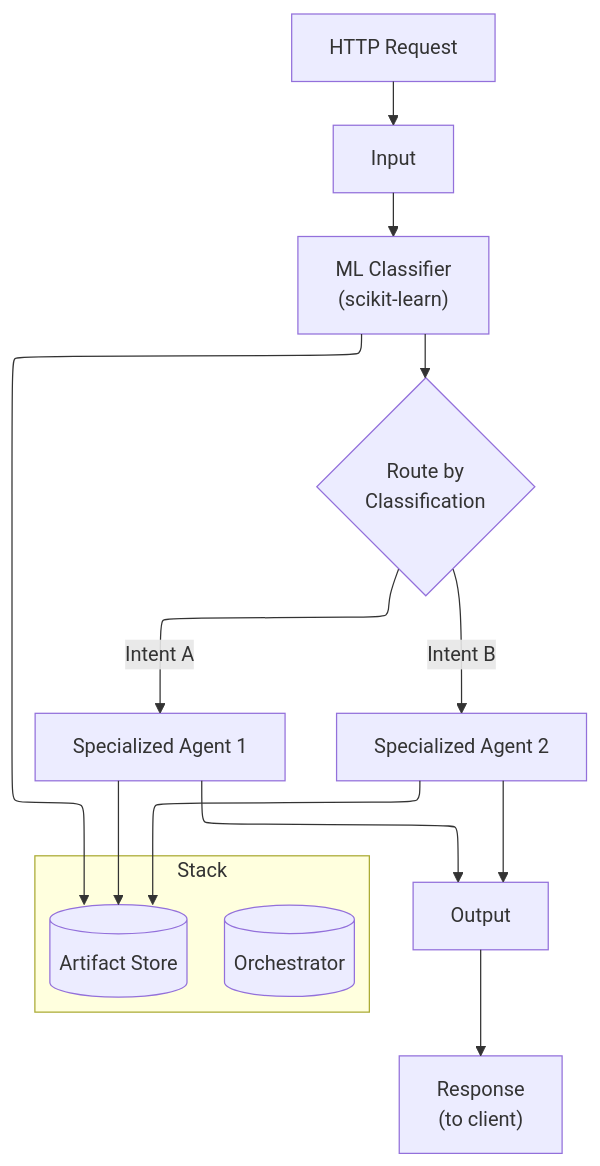
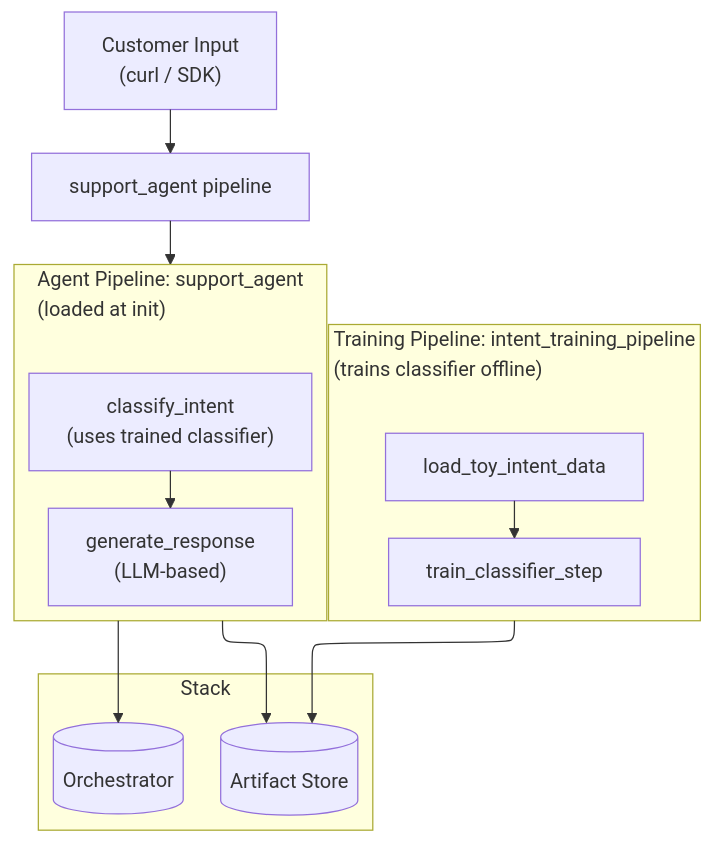
Before and after one commit to zenml-io/zenml: the third of 3 diagrams in docs/book/getting-started/your-first-ai-pipeline.md, drawn with Mermaid. The commit also changed other lines of this file, not shown here.

Commit message:
Update AI pipeline configurations for different paths

````diff
--- a/docs/book/getting-started/your-first-ai-pipeline.md
+++ b/docs/book/getting-started/your-first-ai-pipeline.md
@@ -172,26 +186,32 @@
 ```mermaid
 ---
 config:
   layout: elk
   theme: mc
 ---
 flowchart TB
-  I["Input"] --> C["ML Classifier<br/>(scikit-learn)"]
-  C --> D{"Route by<br/>Classification"}
-  D -->|Intent A| A1["Specialized Agent 1"]
-  D -->|Intent B| A2["Specialized Agent 2"]
-  A1 --> O["Output"]
-  A2 --> O
+  U["Customer Input<br/>(curl / SDK)"] --> SA["support_agent pipeline"]
 
-  U["HTTP Request"] --> I
-  O --> R["Response<br/>(to client)"]
+  subgraph TRAIN["Training Pipeline: intent_training_pipeline<br/>(trains classifier offline)"]
+    D["load_toy_intent_data"]
+    T["train_classifier_step"]
+    D --> T
+  end
+
+  subgraph SERVE["Agent Pipeline: support_agent<br/>(loaded at init)"]
+    C["classify_intent<br/>(uses trained classifier)"]
+    R["generate_response<br/>(LLM-based)"]
+    C --> R
+  end
+
+  SA --> SERVE
 
   subgraph STACK["Stack"]
     OR[("Orchestrator")]
     AR[("Artifact Store")]
   end
 
-  C --> AR
-  A1 --> AR
-  A2 --> AR
+  TRAIN --> AR
+  SERVE --> OR
+  SERVE --> AR
 ```
````
